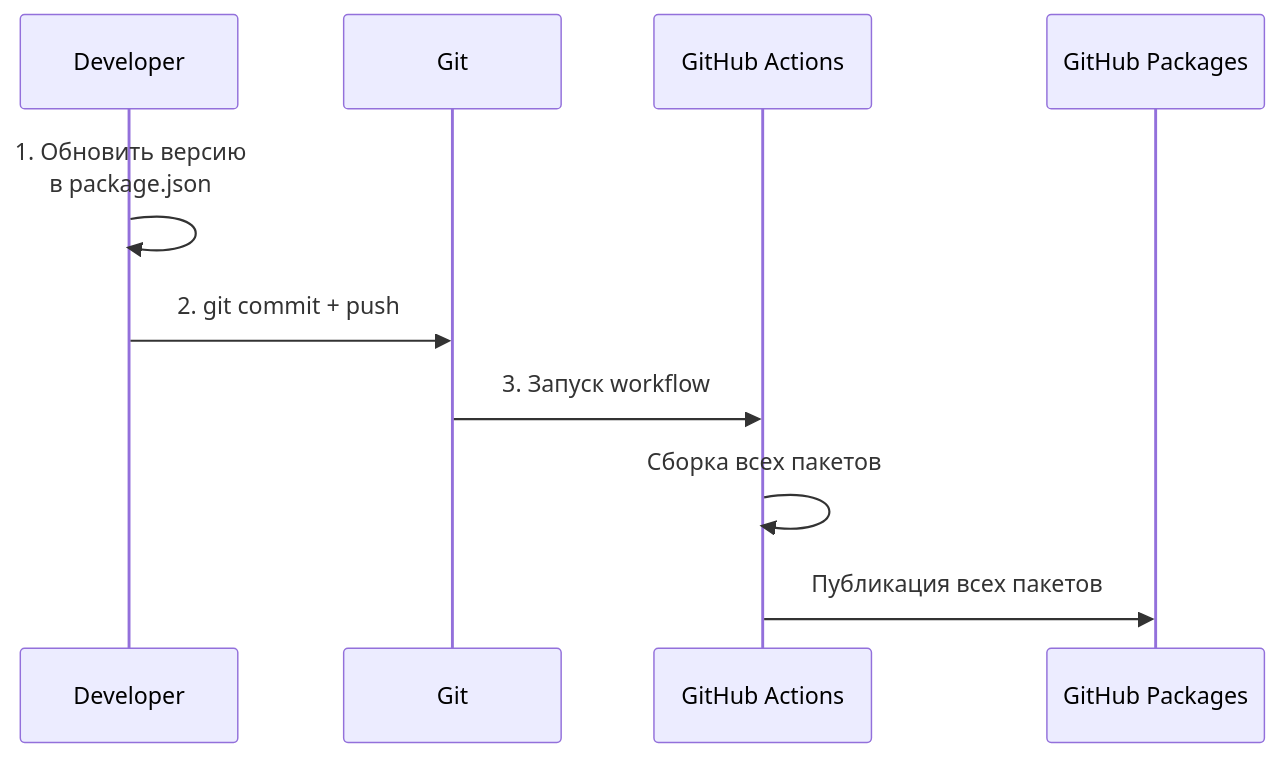
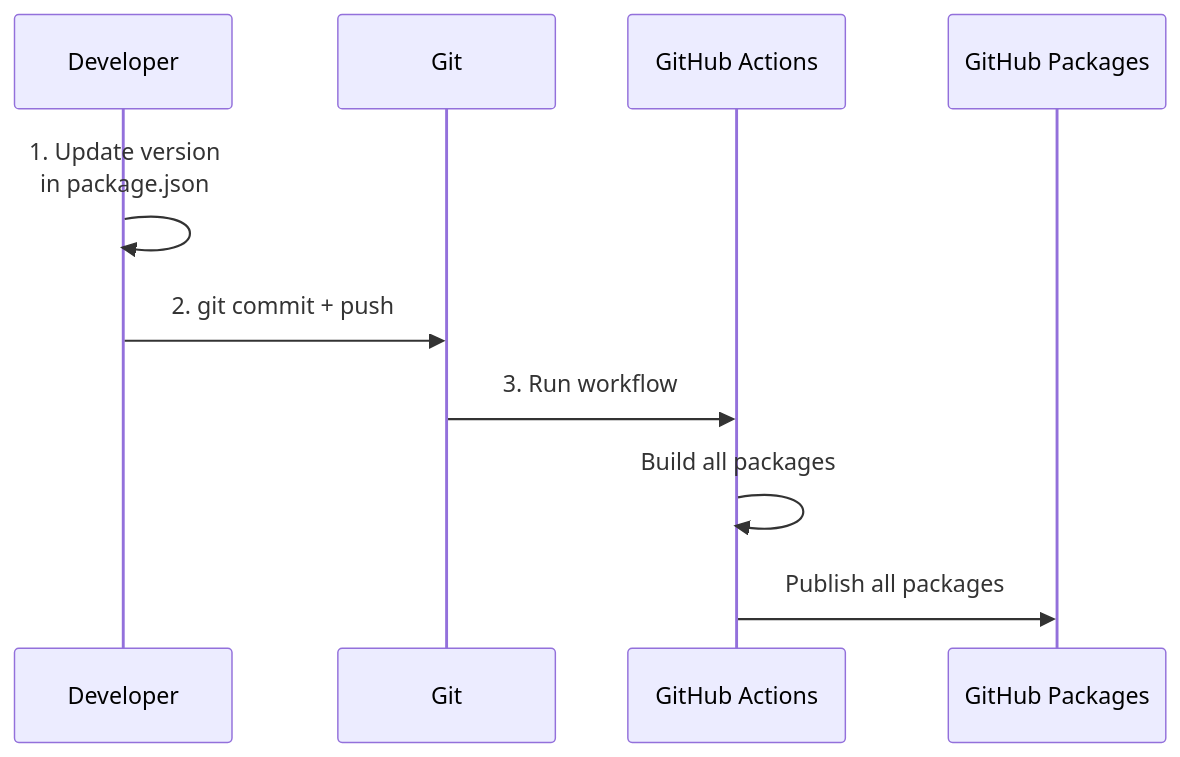
One commit to tiflis-io/tiflis-code changed the diagram in docs/RELEASE_SIMPLE.md. Above: the diagram before and after it, drawn with Mermaid. The commit also changed other lines of this file and 2 other files, not shown here.

First line of the commit message:
fix(ios): translate all Russian comments to English

````diff
--- a/docs/RELEASE_SIMPLE.md
+++ b/docs/RELEASE_SIMPLE.md
@@ -5,13 +5,13 @@
 ```mermaid
 sequenceDiagram
     participant Dev as Developer
     participant Git as Git
     participant CI as GitHub Actions
     participant NPM as GitHub Packages
 
-    Dev->>Dev: 1. Обновить версию<br/>в package.json
+    Dev->>Dev: 1. Update version<br/>in package.json
     Dev->>Git: 2. git commit + push
-    Git->>CI: 3. Запуск workflow
-    CI->>CI: Сборка всех пакетов
-    CI->>NPM: Публикация всех пакетов
+    Git->>CI: 3. Run workflow
+    CI->>CI: Build all packages
+    CI->>NPM: Publish all packages
 ```
````
